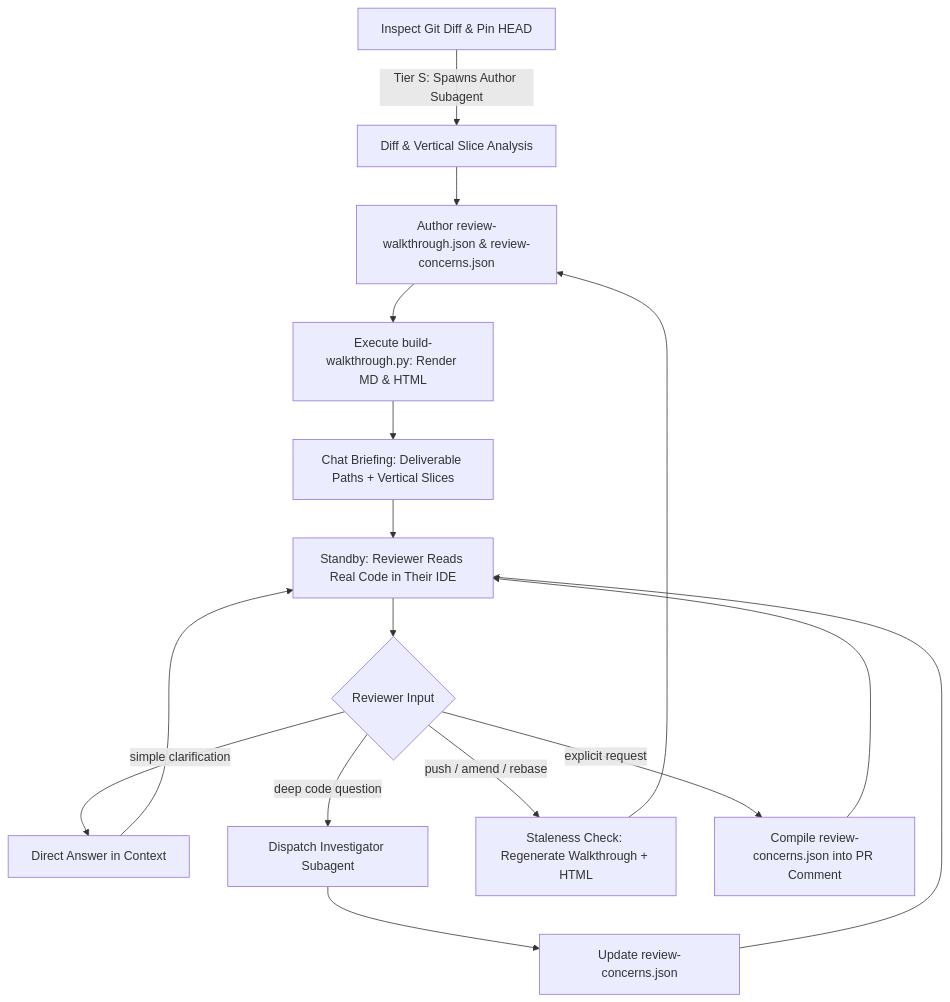
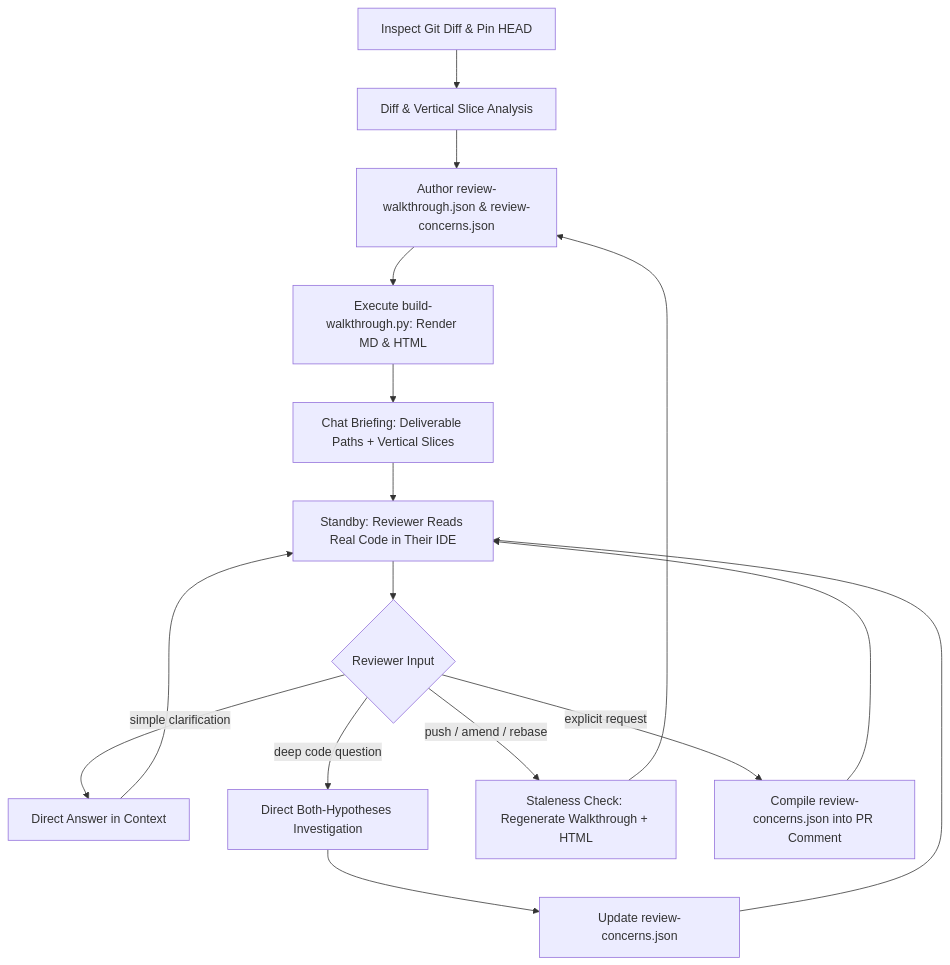
The diagram in skills/review-walkthrough/README.md (SMhdAsadi/my-skills), drawn with Mermaid before and after one commit. The commit also changed other lines of this file and 7 other files, not shown here.

````diff
--- a/skills/review-walkthrough/README.md
+++ b/skills/review-walkthrough/README.md
@@ -77,18 +76,18 @@
 ```mermaid
 flowchart TD
-    A[Inspect Git Diff & Pin HEAD] -->|Tier S: Spawns Author Subagent| B[Diff & Vertical Slice Analysis]
+    A[Inspect Git Diff & Pin HEAD] --> B[Diff & Vertical Slice Analysis]
     B --> C[Author review-walkthrough.json & review-concerns.json]
     C --> C2[Execute build-walkthrough.py: Render MD & HTML]
     C2 --> D[Chat Briefing: Deliverable Paths + Vertical Slices]
     D --> E[Standby: Reviewer Reads Real Code in Their IDE]
     E --> F{Reviewer Input}
     F -- "simple clarification" --> G1[Direct Answer in Context]
     G1 --> E
-    F -- "deep code question" --> G2[Dispatch Investigator Subagent]
+    F -- "deep code question" --> G2[Direct Both-Hypotheses Investigation]
     G2 --> G3[Update review-concerns.json]
     G3 --> E
     F -- "push / amend / rebase" --> H[Staleness Check: Regenerate Walkthrough + HTML]
     H --> C
     F -- "explicit request" --> I[Compile review-concerns.json into PR Comment]
     I --> E
 ```
````
